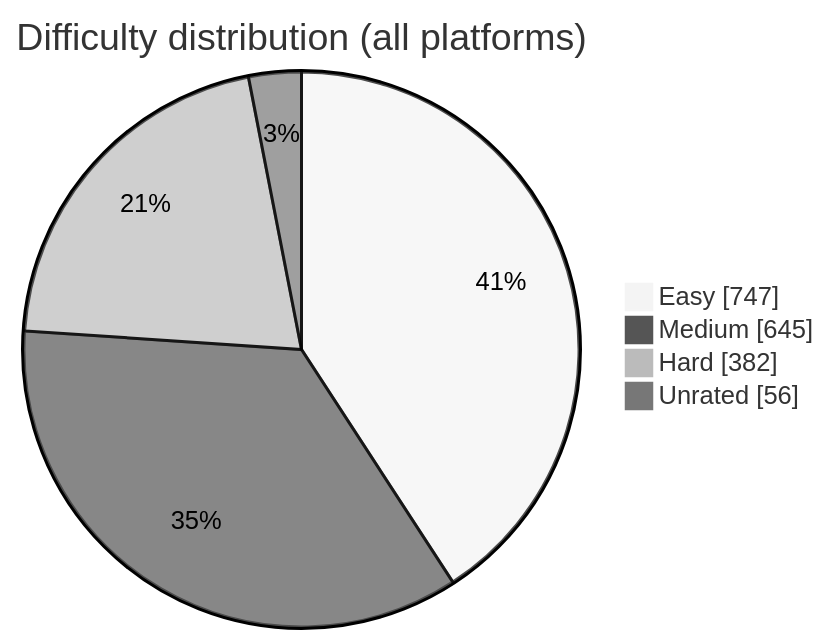
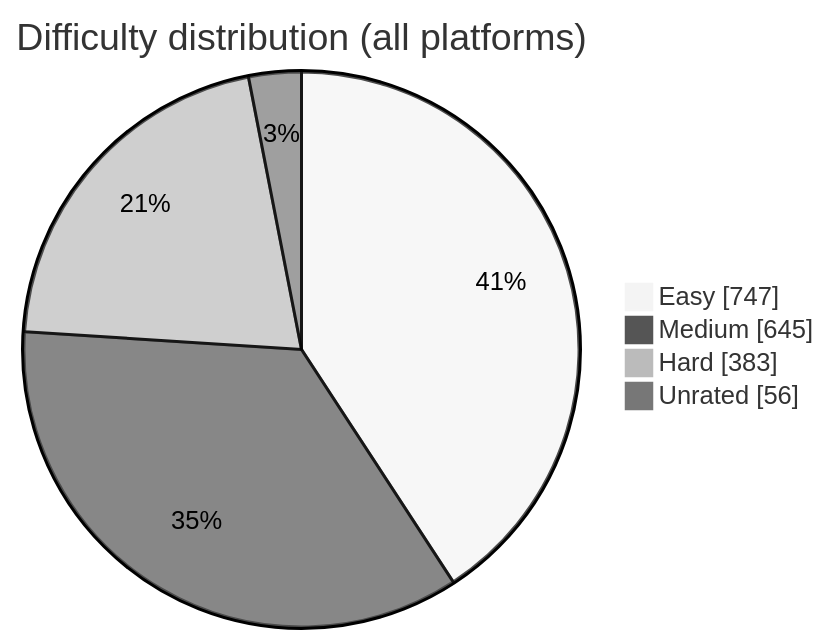
One commit to BuildbyArindam/Daily-Coding-Log changed the diagram in README.md. Above: the diagram before and after it, drawn with Mermaid (neutral theme). The commit also changed other lines of this file, not shown here.

````diff
--- a/README.md
+++ b/README.md
@@ -108,7 +108,7 @@
 ```mermaid
 pie showData title Difficulty distribution (all platforms)
     "Easy" : 747
     "Medium" : 645
-    "Hard" : 382
+    "Hard" : 383
     "Unrated" : 56
 ```
````
